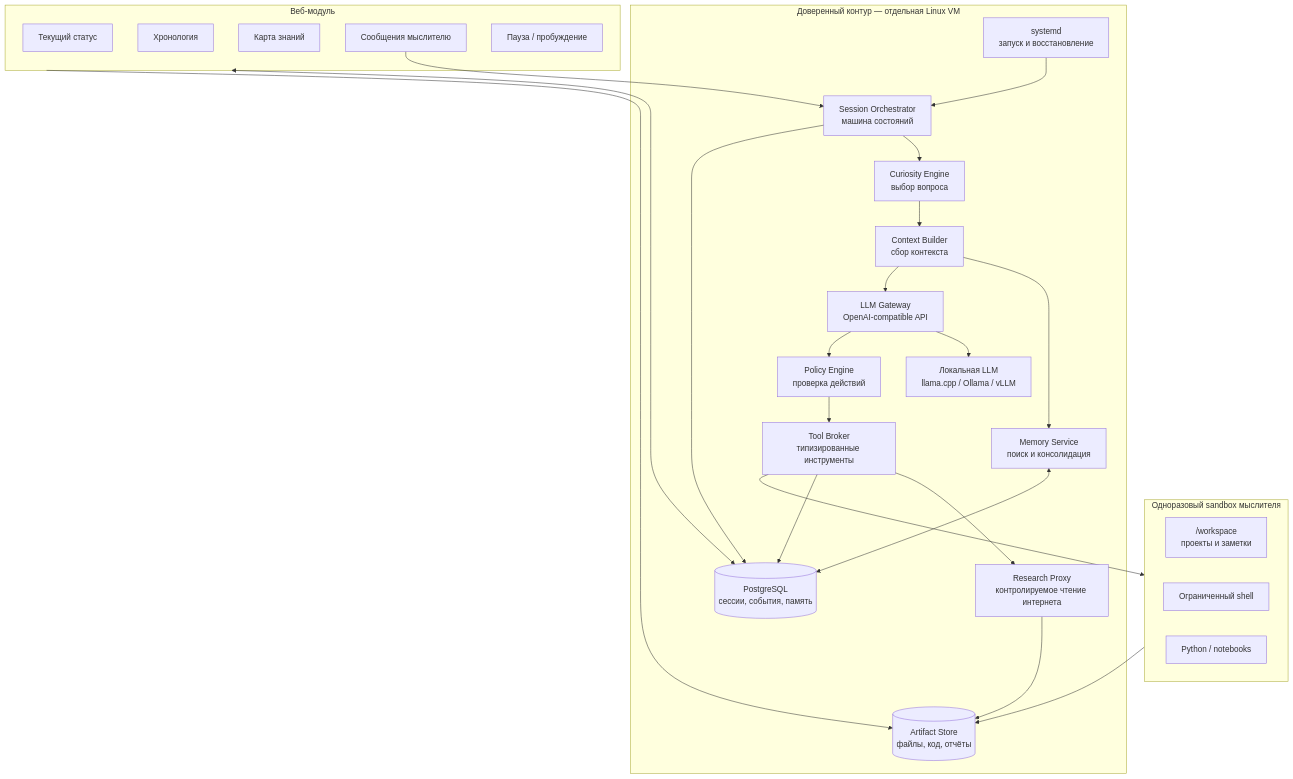
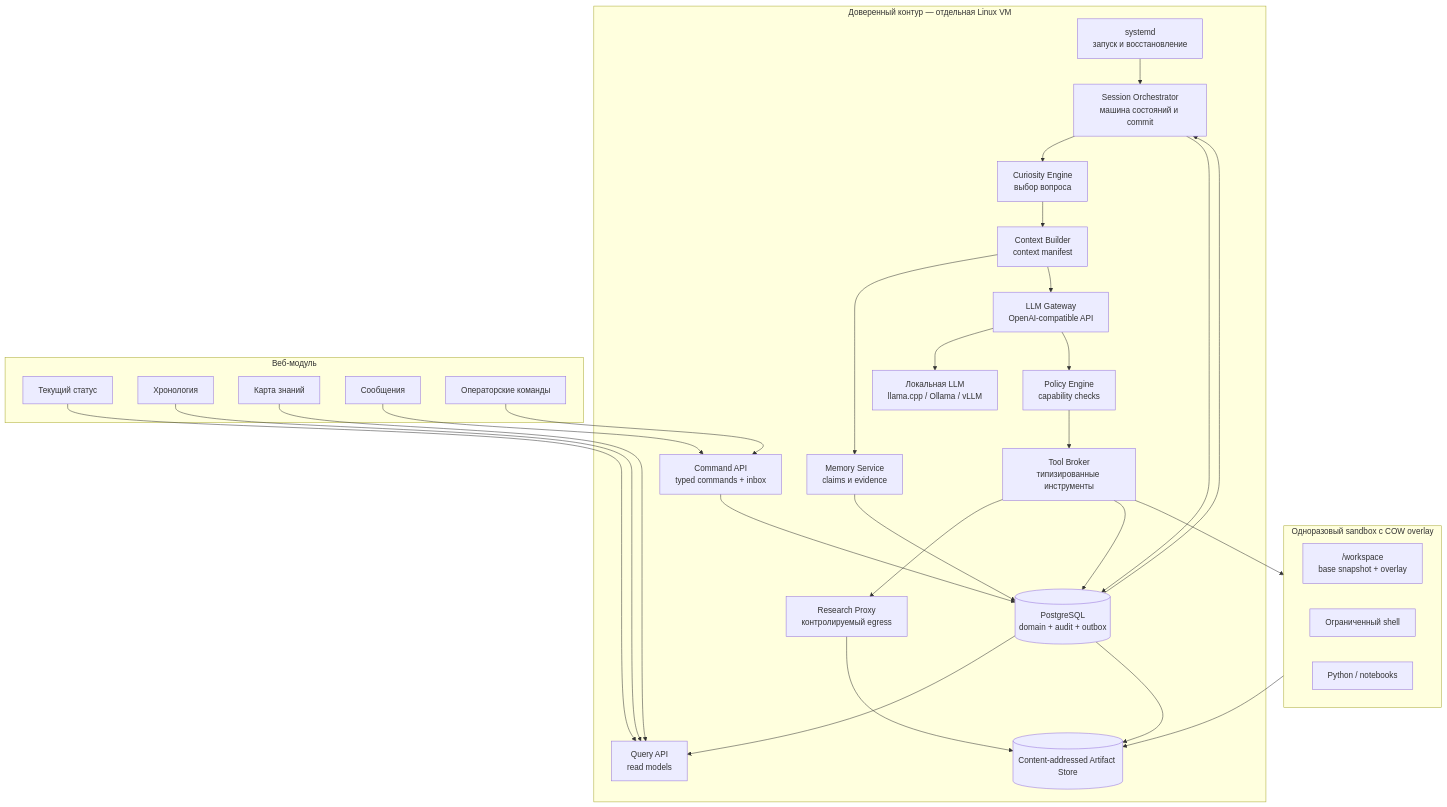
One commit to crowrain/noezema changed the first of 2 diagrams in ARCHITECTURE.md. Above: the diagram before and after it, drawn with Mermaid. The commit also changed other lines of this file, not shown here.

Commit message:
docs: revise architecture for v0.3

````diff
--- a/ARCHITECTURE.md
+++ b/ARCHITECTURE.md
@@ -87,51 +105,60 @@
 ```mermaid
 flowchart TB
     subgraph Host["Доверенный контур — отдельная Linux VM"]
         Supervisor["systemd<br/>запуск и восстановление"]
-        Orchestrator["Session Orchestrator<br/>машина состояний"]
+        Orchestrator["Session Orchestrator<br/>машина состояний и commit"]
         Curiosity["Curiosity Engine<br/>выбор вопроса"]
-        Context["Context Builder<br/>сбор контекста"]
+        Context["Context Builder<br/>context manifest"]
         Gateway["LLM Gateway<br/>OpenAI-compatible API"]
-        Memory["Memory Service<br/>поиск и консолидация"]
-        Policy["Policy Engine<br/>проверка действий"]
+        Memory["Memory Service<br/>claims и evidence"]
+        Policy["Policy Engine<br/>capability checks"]
         ToolBroker["Tool Broker<br/>типизированные инструменты"]
-        EventStore[("PostgreSQL<br/>сессии, события, память")]
-        Artifacts[("Artifact Store<br/>файлы, код, отчёты")]
+        DomainDB[("PostgreSQL<br/>domain + audit + outbox")]
+        Artifacts[("Content-addressed Artifact Store")]
         Model["Локальная LLM<br/>llama.cpp / Ollama / vLLM"]
-        FetchProxy["Research Proxy<br/>контролируемое чтение интернета"]
+        FetchProxy["Research Proxy<br/>контролируемый egress"]
+        QueryAPI["Query API<br/>read models"]
+        CommandAPI["Command API<br/>typed commands + inbox"]
     end
 
-    subgraph Sandbox["Одноразовый sandbox мыслителя"]
-        Workspace["/workspace<br/>проекты и заметки"]
+    subgraph Sandbox["Одноразовый sandbox с COW overlay"]
+        Workspace["/workspace<br/>base snapshot + overlay"]
         Shell["Ограниченный shell"]
         Python["Python / notebooks"]
     end
 
     subgraph Site["Веб-модуль"]
         Dashboard["Текущий статус"]
         Timeline["Хронология"]
         Knowledge["Карта знаний"]
-        Messages["Сообщения мыслителю"]
-        Controls["Пауза / пробуждение"]
+        Messages["Сообщения"]
+        Controls["Операторские команды"]
     end
 
     Supervisor --> Orchestrator
     Orchestrator --> Curiosity
     Curiosity --> Context
     Context --> Memory
     Context --> Gateway
     Gateway --> Model
     Gateway --> Policy
     Policy --> ToolBroker
     ToolBroker --> Sandbox
     ToolBroker --> FetchProxy
     Sandbox --> Artifacts
     FetchProxy --> Artifacts
 
-    Orchestrator --> EventStore
-    Memory <--> EventStore
-    ToolBroker --> EventStore
-    Site <--> EventStore
-    Site --> Artifacts
-    Messages --> Orchestrator
+    Orchestrator --> DomainDB
+    Memory --> DomainDB
+    ToolBroker --> DomainDB
+    DomainDB --> QueryAPI
+    DomainDB --> Artifacts
+
+    Dashboard --> QueryAPI
+    Timeline --> QueryAPI
+    Knowledge --> QueryAPI
+    Messages --> CommandAPI
+    Controls --> CommandAPI
+    CommandAPI --> DomainDB
+    DomainDB --> Orchestrator
 ```
````
